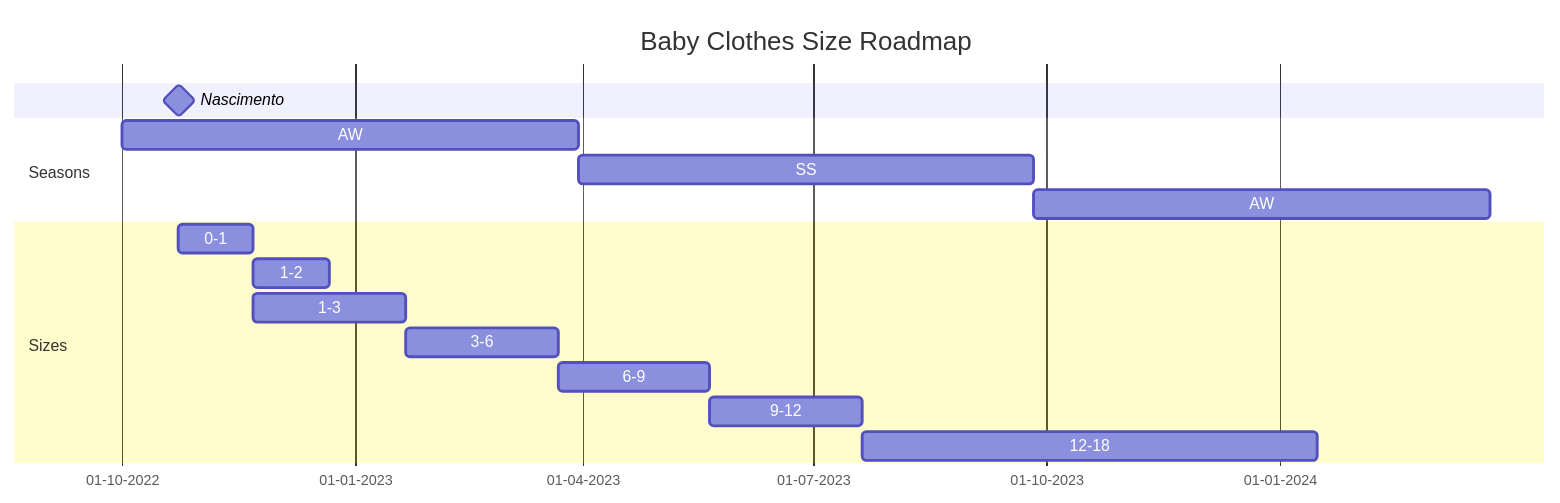
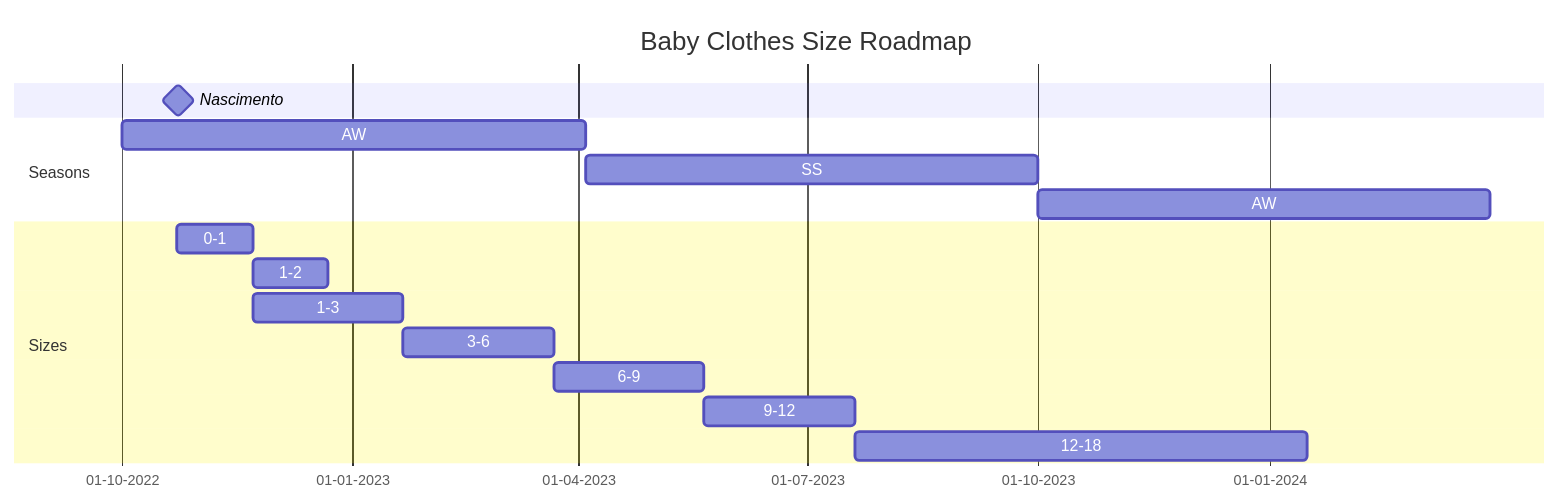
One commit to jnunoferreira/babythings changed the first of 3 diagrams in docs/babyclothes.md. Above: the diagram before and after it, drawn with Mermaid. The commit also changed other lines of this file, not shown here.

````diff
--- a/docs/babyclothes.md
+++ b/docs/babyclothes.md
@@ -6,21 +6,21 @@
 ```mermaid
 gantt
     title Baby Clothes Size Roadmap
     todayMarker off
     dateFormat  DD-MM-YYYY
     axisFormat  %d-%m-%Y
     Nascimento : milestone, m1, 23-10-2022, 1d
     section Seasons
-    AW           :inv1, 01-10-2022, 180d
+    AW           :inv1, 01-10-2022, 185d
     SS           :prim1, after inv1  , 180d
     AW           :after prim1, 180d
     section Sizes
     0-1           :a2, 23-10-2022, 30d
     1-2           :after a2 , 30d
     1-3           :a3, after a2 , 60d
     3-6           :a4, after a3, 60d
     6-9           :a5, after a4, 60d
     9-12           :a6, after a5, 60d
     12-18           :a7, after a6, 180d
     
 ```
````
